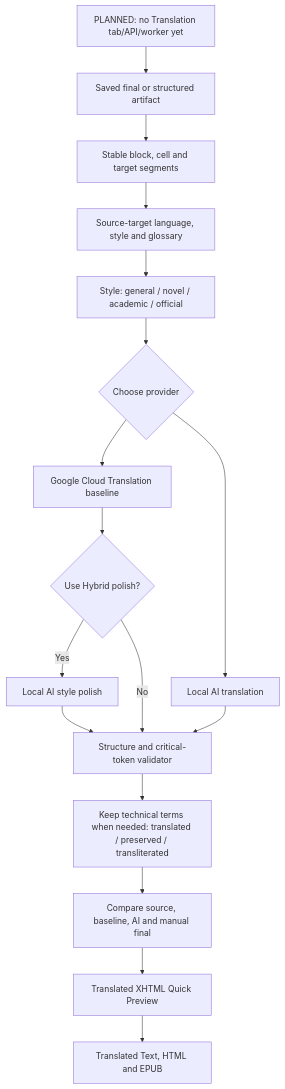
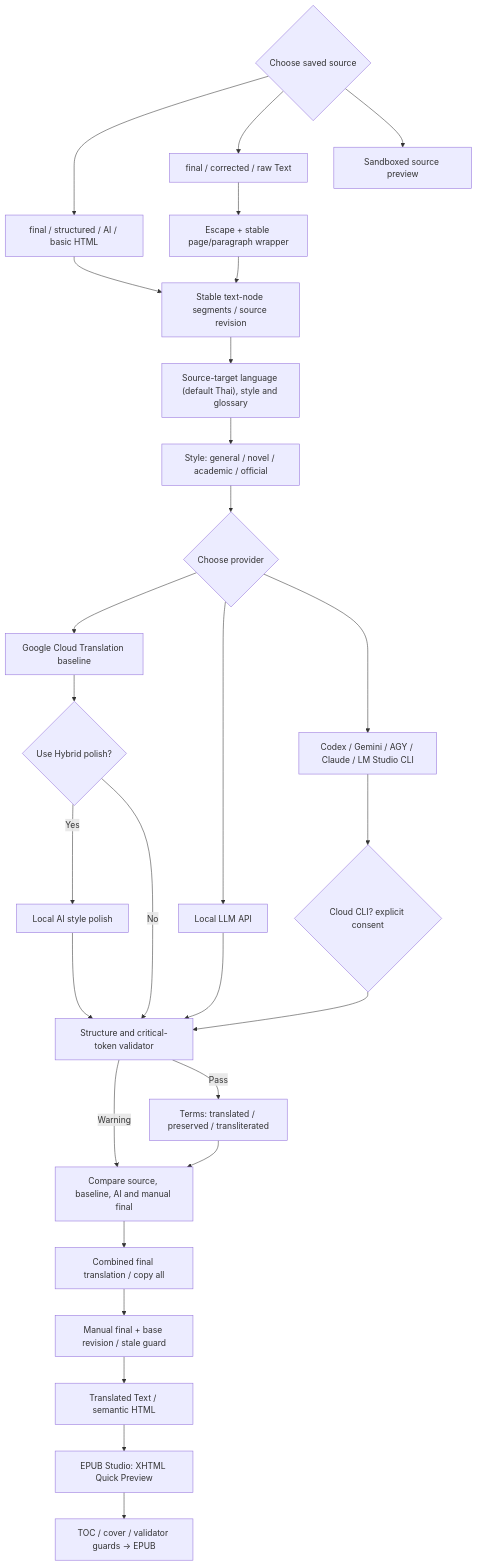
The tenth of 10 diagrams in readme.md (anuwatm/pdf-ocr-studio), drawn with Mermaid before and after one commit. The commit also changed other lines of this file and 62 other files, not shown here.

Commit message:
feat(phase10): add document translation engine, AI CLI adapters, and Phase 10 test suite

````diff
--- a/readme.md
+++ b/readme.md
@@ -414,19 +427,30 @@
 ```mermaid
 flowchart TD
-    Planned["PLANNED: no Translation tab/API/worker yet"] --> Source["Saved final or structured artifact"]
-    Source --> Segment["Stable block, cell and target segments"]
-    Segment --> Config["Source-target language, style and glossary"]
+    Source{"Choose saved source"} --> HTML["final / structured / AI / basic HTML"]
+    Source --> Text["final / corrected / raw Text"]
+    Source --> View["Sandboxed source preview"]
+    HTML --> Segment["Stable text-node segments / source revision"]
+    Text --> Wrap["Escape + stable page/paragraph wrapper"]
+    Wrap --> Segment
+    Segment --> Config["Source-target language (default Thai), style and glossary"]
     Config --> Style["Style: general / novel / academic / official"]
     Style --> Provider{"Choose provider"}
     Provider --> Google["Google Cloud Translation baseline"]
-    Provider --> Local["Local AI translation"]
+    Provider --> Local["Local LLM API"]
+    Provider --> CLI["Codex / Gemini / AGY / Claude / LM Studio CLI"]
     Google --> Hybrid{"Use Hybrid polish?"}
     Hybrid -->|Yes| Polish["Local AI style polish"]
     Hybrid -->|No| Validate["Structure and critical-token validator"]
     Local --> Validate
+    CLI --> Consent{"Cloud CLI? explicit consent"}
+    Consent --> Validate
     Polish --> Validate
-    Validate --> Terms["Keep technical terms when needed: translated / preserved / transliterated"]
+    Validate -->|Warning| Review
+    Validate -->|Pass| Terms["Terms: translated / preserved / transliterated"]
     Terms --> Review["Compare source, baseline, AI and manual final"]
-    Review --> Preview["Translated XHTML Quick Preview"]
-    Preview --> Export["Translated Text, HTML and EPUB"]
+    Review --> Combined["Combined final translation / copy all"]
+    Combined --> Save["Manual final + base revision / stale guard"]
+    Save --> Export["Translated Text / semantic HTML"]
+    Export --> Preview["EPUB Studio: XHTML Quick Preview"]
+    Preview --> Package["TOC / cover / validator guards → EPUB"]
 ```
````
